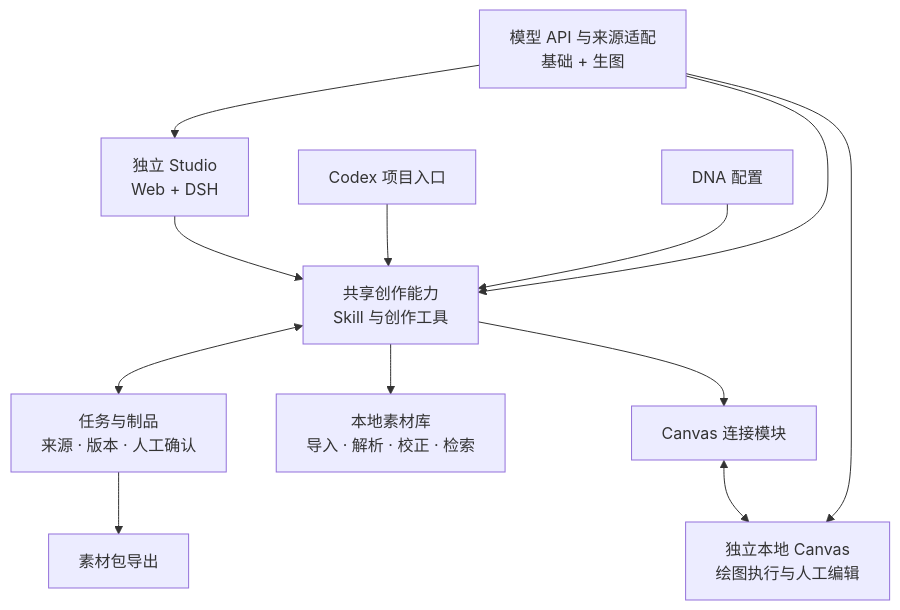
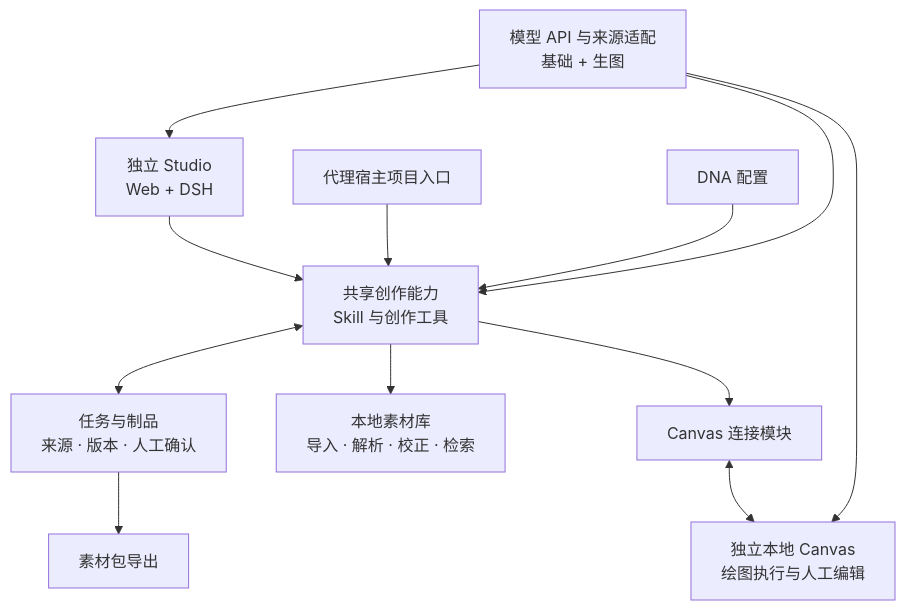
The diagram in 开发与施工计划.md (akechi0819-lgtm/creative-Agent-studio), drawn with Mermaid before and after one commit. The commit also changed other lines of this file and 35 other files, not shown here.

````diff
--- a/开发与施工计划.md
+++ b/开发与施工计划.md
@@ -78,14 +78,14 @@
 ```mermaid
 flowchart TB
     WEB["独立 Studio\nWeb + DSH"] --> CREATIVE["共享创作能力\nSkill 与创作工具"]
-    CODEX["Codex 项目入口"] --> CREATIVE
+    HOST["代理宿主项目入口"] --> CREATIVE
     MODEL["模型 API 与来源适配\n基础 + 生图"] --> WEB
     MODEL --> CREATIVE
     MODEL --> CANVAS
     DNA["DNA 配置"] --> CREATIVE
     CREATIVE <--> TASK["任务与制品\n来源 · 版本 · 人工确认"]
     CREATIVE --> ASSETS["本地素材库\n导入 · 解析 · 校正 · 检索"]
     CREATIVE --> CONNECTOR["Canvas 连接模块"]
     CONNECTOR <--> CANVAS["独立本地 Canvas\n绘图执行与人工编辑"]
     TASK --> EXPORT["素材包导出"]
 ```
````
